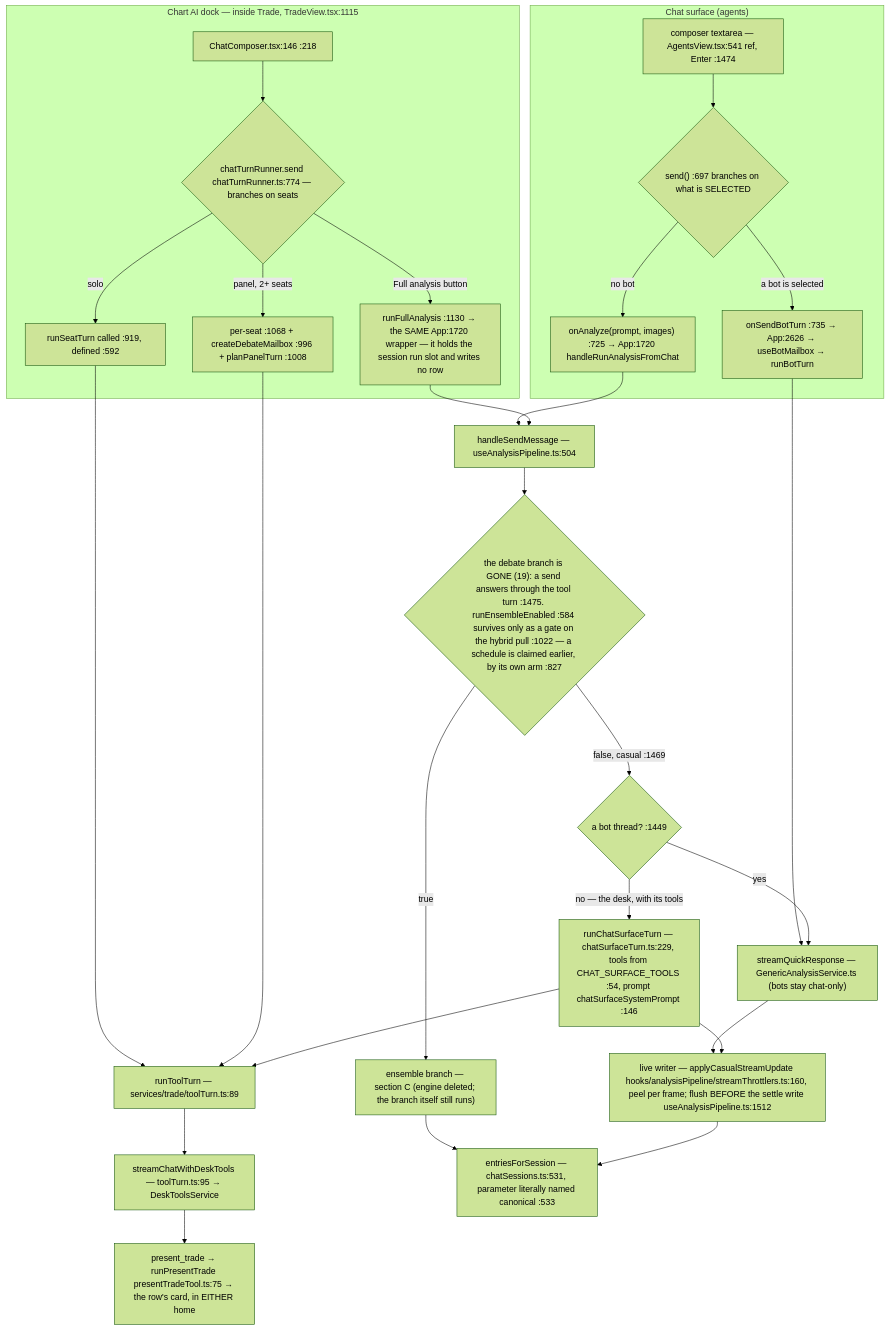
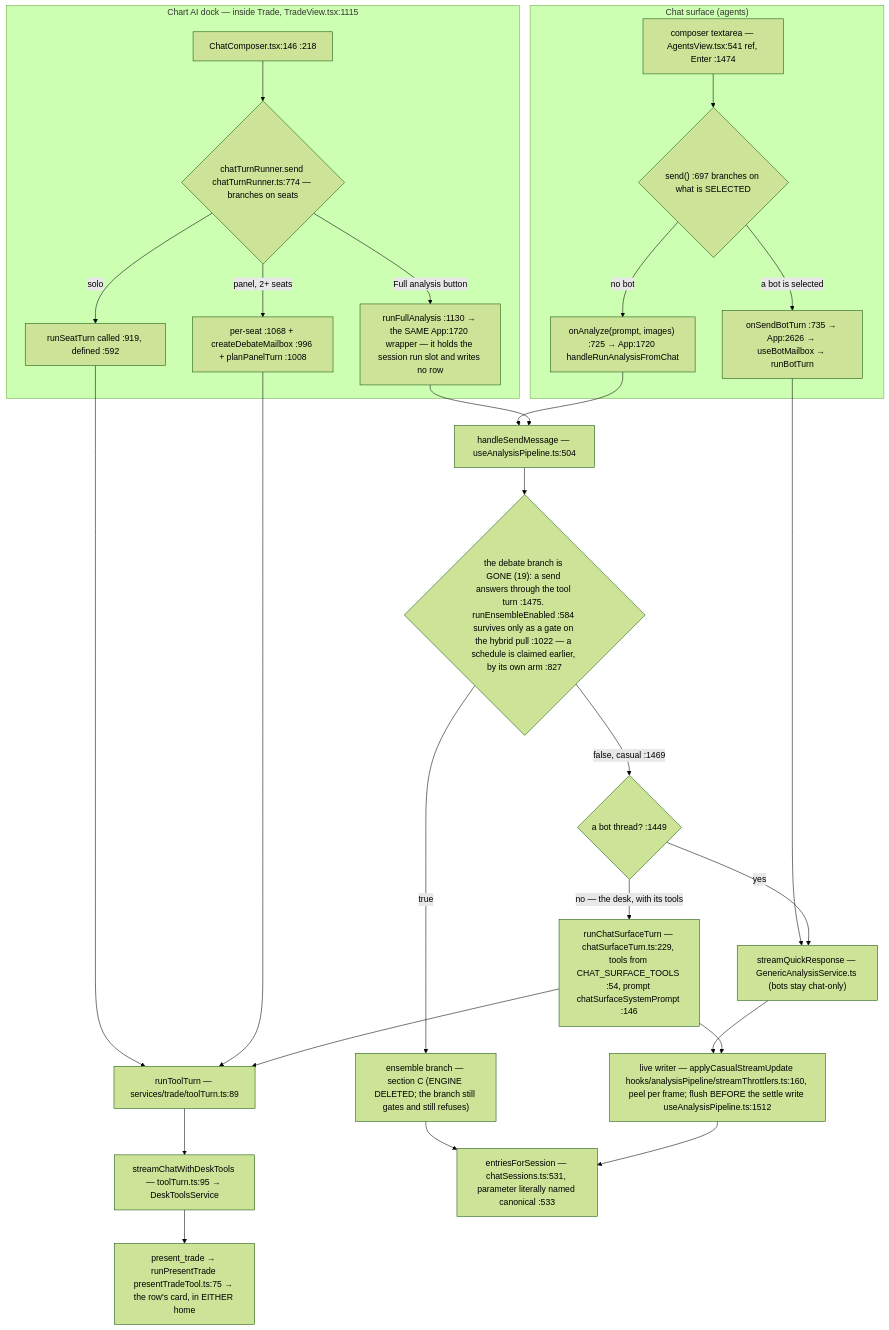
Before and after one commit to Acepay25/august-3.5: the second of 7 diagrams in docs/app-flow.md, drawn with Mermaid (forest theme). The commit also changed other lines of this file and 1 other file, not shown here.

First line of the commit message:
docs(deletion): stage 19 left the ensemble branch gating, and the chart verdict unsourced

````diff
--- a/docs/app-flow.md
+++ b/docs/app-flow.md
@@ -50,31 +50,31 @@
 ```mermaid
 flowchart TD
     subgraph CHAT["Chat surface (agents)"]
         CB["composer textarea — AgentsView.tsx:541 ref, Enter :1474"] --> D1{"send() :697 branches on what is SELECTED"}
         D1 -->|a bot is selected| BOT["onSendBotTurn :735 → App:2626 → useBotMailbox → runBotTurn"]
         D1 -->|no bot| AN["onAnalyze(prompt, images) :725 → App:1720 handleRunAnalysisFromChat"]
     end
     subgraph DOCK["Chart AI dock — inside Trade, TradeView.tsx:1115"]
         DC["ChatComposer.tsx:146 :218"] --> D2{"chatTurnRunner.send chatTurnRunner.ts:774 — branches on seats"}
         D2 -->|solo| SO["runSeatTurn called :919, defined :592"]
         D2 -->|panel, 2+ seats| PN["per-seat :1068 + createDebateMailbox :996 + planPanelTurn :1008"]
         D2 -->|Full analysis button| FA["runFullAnalysis :1130 → the SAME App:1720 wrapper — it holds the session run slot and writes no row"]
     end
     SO --> TT["runToolTurn — services/trade/toolTurn.ts:89"]
     PN --> TT
     TT --> SCDT["streamChatWithDeskTools — toolTurn.ts:95 → DeskToolsService"]
     BOT --> TR["streamQuickResponse — GenericAnalysisService.ts (bots stay chat-only)"]
     AN --> HSM["handleSendMessage — useAnalysisPipeline.ts:504"]
     FA --> HSM
     HSM --> D3{"the debate branch is GONE (19): a send answers through the tool turn :1475. runEnsembleEnabled :584 survives only as a gate on the hybrid pull :1022 — a schedule is claimed earlier, by its own arm :827"}
-    D3 -->|true| ENS["ensemble branch — section C (engine deleted; the branch itself still runs)"]
+    D3 -->|true| ENS["ensemble branch — section C (ENGINE DELETED; the branch still gates and still refuses)"]
     D3 -->|false, casual :1469| SPLIT{"a bot thread? :1449"}
     SPLIT -->|yes| TR
     SPLIT -->|no — the desk, with its tools| CST["runChatSurfaceTurn — chatSurfaceTurn.ts:229, tools from CHAT_SURFACE_TOOLS :54, prompt chatSurfaceSystemPrompt :146"]
     CST --> TT
     TR --> LW["live writer — applyCasualStreamUpdate hooks/analysisPipeline/streamThrottlers.ts:160, peel per frame; flush BEFORE the settle write useAnalysisPipeline.ts:1512"]
     CST --> LW
     ENS --> MERGE
     LW --> MERGE["entriesForSession — chatSessions.ts:531, parameter literally named canonical :533"]
     SCDT --> PT["present_trade → runPresentTrade presentTradeTool.ts:75 → the row's card, in EITHER home"]
 ```
````
